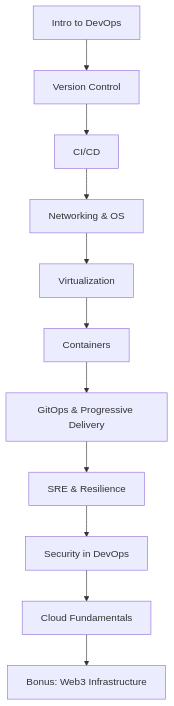
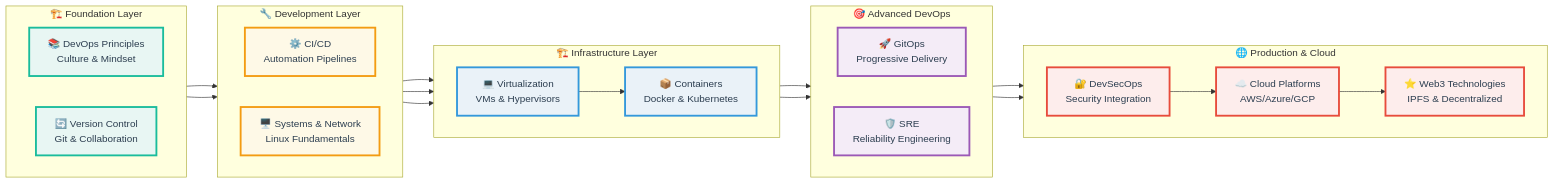
One commit to spiritonchic/F25-DevOps-Intro changed the second of 2 diagrams in README.md. Above: the diagram before and after it, drawn with Mermaid. The commit also changed other lines of this file and 6 other files, not shown here.

`````diff
--- a/README.md
+++ b/README.md
@@ -37,13 +92,58 @@
 ```mermaid
-flowchart TD
-    A[Intro to DevOps] --> B[Version Control]
-    B --> C[CI/CD]
-    C --> D[Networking & OS]
-    D --> E[Virtualization]
-    E --> F[Containers]
-    F --> G[GitOps & Progressive Delivery]
-    G --> H[SRE & Resilience]
-    H --> I[Security in DevOps]
-    I --> J[Cloud Fundamentals]
-    J --> K[Bonus: Web3 Infrastructure]
-````
+flowchart LR
+    subgraph "🌐 Production & Cloud"
+        direction LR
+        I[🔐 DevSecOps<br/>Security Integration]
+        J[☁️ Cloud Platforms<br/>AWS/Azure/GCP]
+        K[⭐ Web3 Technologies<br/>IPFS & Decentralized]
+    end
+    
+    subgraph "🎯 Advanced DevOps"
+        direction LR
+        G[🚀 GitOps<br/>Progressive Delivery]
+        H[🛡️ SRE<br/>Reliability Engineering]
+    end
+    
+    subgraph "🏗️ Infrastructure Layer"
+        direction LR
+        E[💻 Virtualization<br/>VMs & Hypervisors]
+        F[📦 Containers<br/>Docker & Kubernetes]
+    end
+    
+    subgraph "🔧 Development Layer"
+        direction LR
+        C[⚙️ CI/CD<br/>Automation Pipelines]
+        D[🖥️ Systems & Network<br/>Linux Fundamentals]
+    end
+    
+    subgraph "🏗️ Foundation Layer"
+        direction LR
+        A[📚 DevOps Principles<br/>Culture & Mindset]
+        B[🔄 Version Control<br/>Git & Collaboration]
+    end
+    
+    A --> C
+    B --> C
+    C --> E
+    D --> E
+    D --> F
+    E --> F
+    F --> G
+    F --> H
+    G --> I
+    H --> I
+    I --> J
+    J --> K
+    
+    classDef foundation fill:#e8f6f3,stroke:#1abc9c,stroke-width:3px,color:#2c3e50
+    classDef development fill:#fef9e7,stroke:#f39c12,stroke-width:3px,color:#2c3e50
+    classDef infrastructure fill:#eaf2f8,stroke:#3498db,stroke-width:3px,color:#2c3e50
+    classDef advanced fill:#f4ecf7,stroke:#9b59b6,stroke-width:3px,color:#2c3e50
+    classDef production fill:#fdedec,stroke:#e74c3c,stroke-width:3px,color:#2c3e50
+    
+    class A,B foundation
+    class C,D development
+    class E,F infrastructure
+    class G,H advanced
+    class I,J,K production
+```
`````
